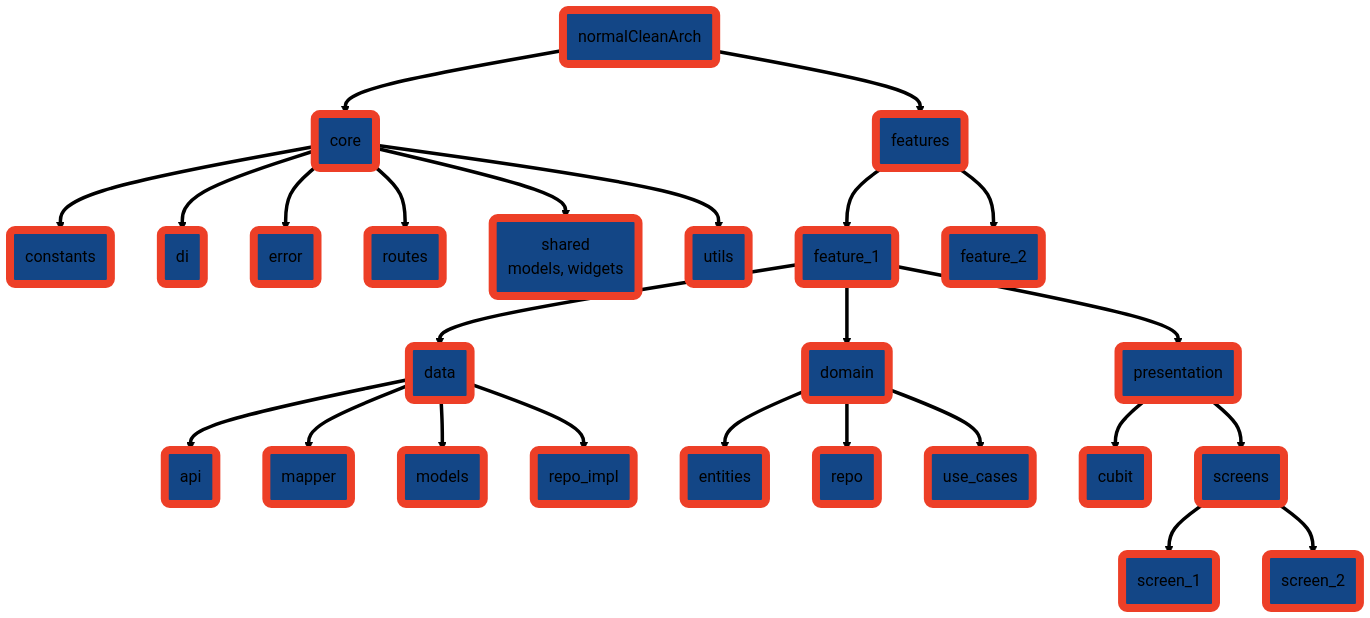
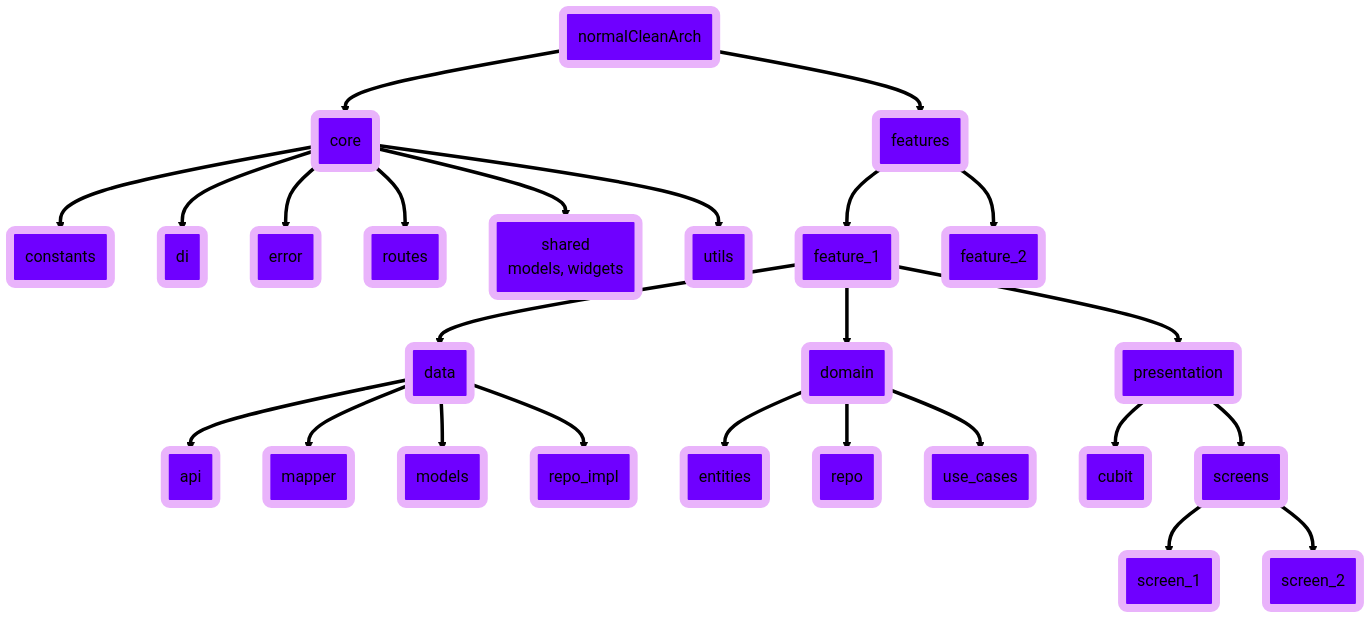
The diagram in README.md (Mahm0udbakir/clean_arch), drawn with Mermaid (forest theme) before and after one commit.

Commit message:
Update class definition colors in README.md architecture diagram to a consistent purple theme for improved visual coherence across core, features, and library components.

````diff
--- a/README.md
+++ b/README.md
@@ -5,36 +5,36 @@
 ```mermaid
 graph TD
     A(normalCleanArch) ==> B(core)
     A ==> C(features)
 
     B ==> B1(constants)
     B ==> B2(di)
     B ==> B3(error)
     B ==> B4(routes)
     B ==> B5("shared<br/>models, widgets")
     B ==> B6(utils)
 
     C ==> C1(feature_1)
     C1 ==> C1a(data)
     C1a ==> C1a1(api)
     C1a ==> C1a2(mapper)
     C1a ==> C1a3(models)
     C1a ==> C1a4(repo_impl)
     C1 ==> C1b(domain)
     C1b ==> C1b1(entities)
     C1b ==> C1b2(repo)
     C1b ==> C1b3(use_cases)
     C1 ==> C1c(presentation)
     C1c ==> C1c1(cubit)
     C1c ==> C1c2(screens)
     C1c2 ==> C1c2a(screen_1)
     C1c2 ==> C1c2b(screen_2)
 
     C ==> C2(feature_2)
 
-    classDef core fill:#134686,stroke:#ED3F27,stroke-width:8px,color:#000000;
-    classDef features fill:#134686,stroke:#ED3F27,stroke-width:8px,color:#000000;
-    classDef lib fill:#134686,stroke:#ED3F27,stroke-width:8px,color:#000000;
+    classDef core fill:#6F00FF,stroke:#E9B3FB,stroke-width:8px,color:#000000;
+    classDef features fill:#6F00FF,stroke:#E9B3FB,stroke-width:8px,color:#000000;
+    classDef lib fill:#6F00FF,stroke:#E9B3FB,stroke-width:8px,color:#000000;
     class A,B,B1,B2,B3,B4,B5,B6 core;
     class C,C1,C1a,C1a1,C1a2,C1a3,C1a4,C1b,C1b1,C1b2,C1b3,C1c,C1c1,C1c2,C1c2a,C1c2b,C2 features;
 ```
````
